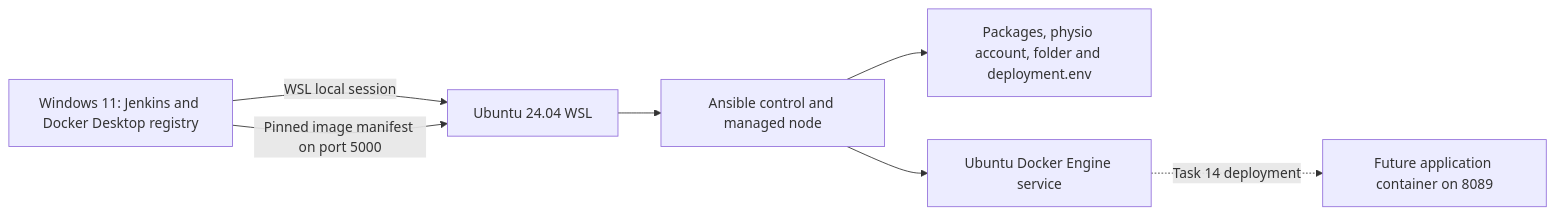
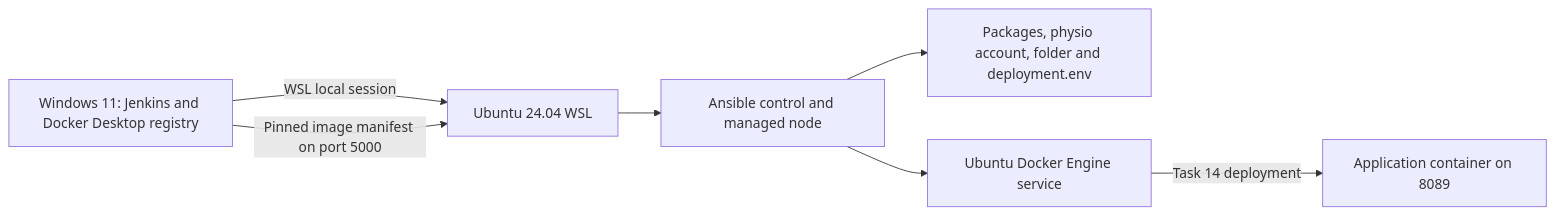
Before and after one commit to kirti-vispute/physiotherapy-appointment-portal: the diagram in ansible/README.md, drawn with Mermaid. The commit also changed other lines of this file and 22 other files, not shown here.

````diff
--- a/ansible/README.md
+++ b/ansible/README.md
@@ -86,9 +86,9 @@
 ```mermaid
 flowchart LR
     W[Windows 11: Jenkins and Docker Desktop registry] -->|WSL local session| U[Ubuntu 24.04 WSL]
     U --> A[Ansible control and managed node]
     A --> P[Packages, physio account, folder and deployment.env]
     A --> D[Ubuntu Docker Engine service]
     W -->|Pinned image manifest on port 5000| U
-    D -. Task 14 deployment .-> C[Future application container on 8089]
+    D -->|Task 14 deployment| C[Application container on 8089]
 ```
````
